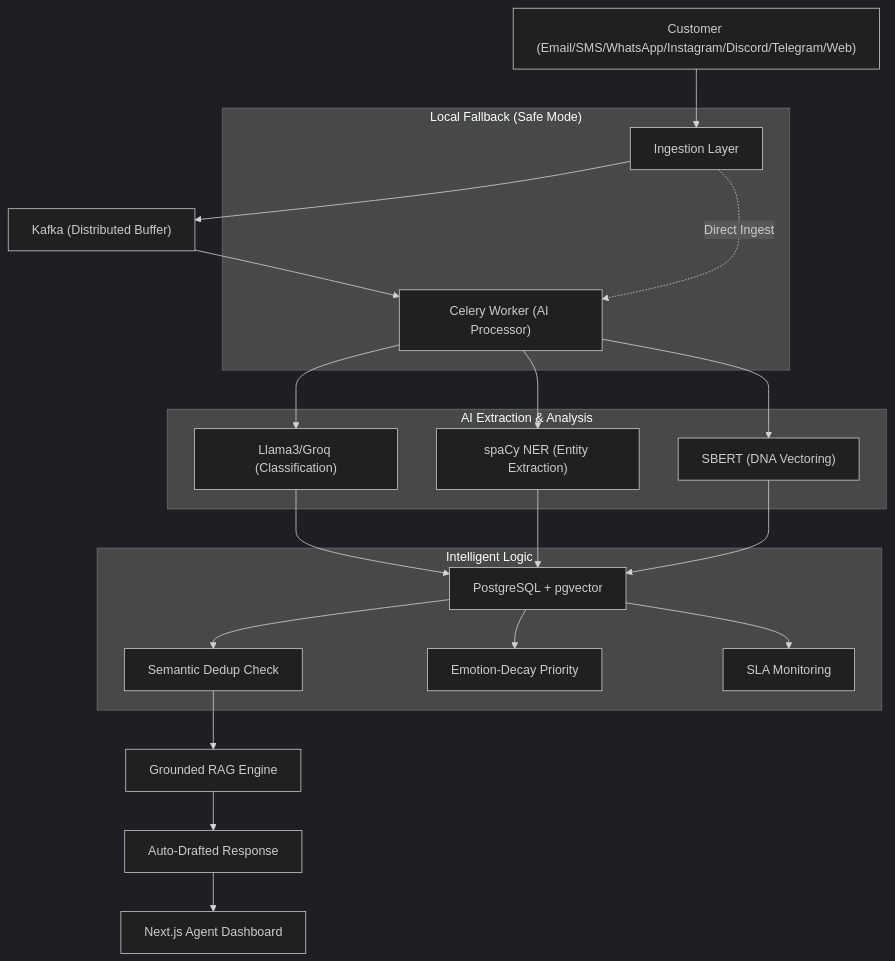
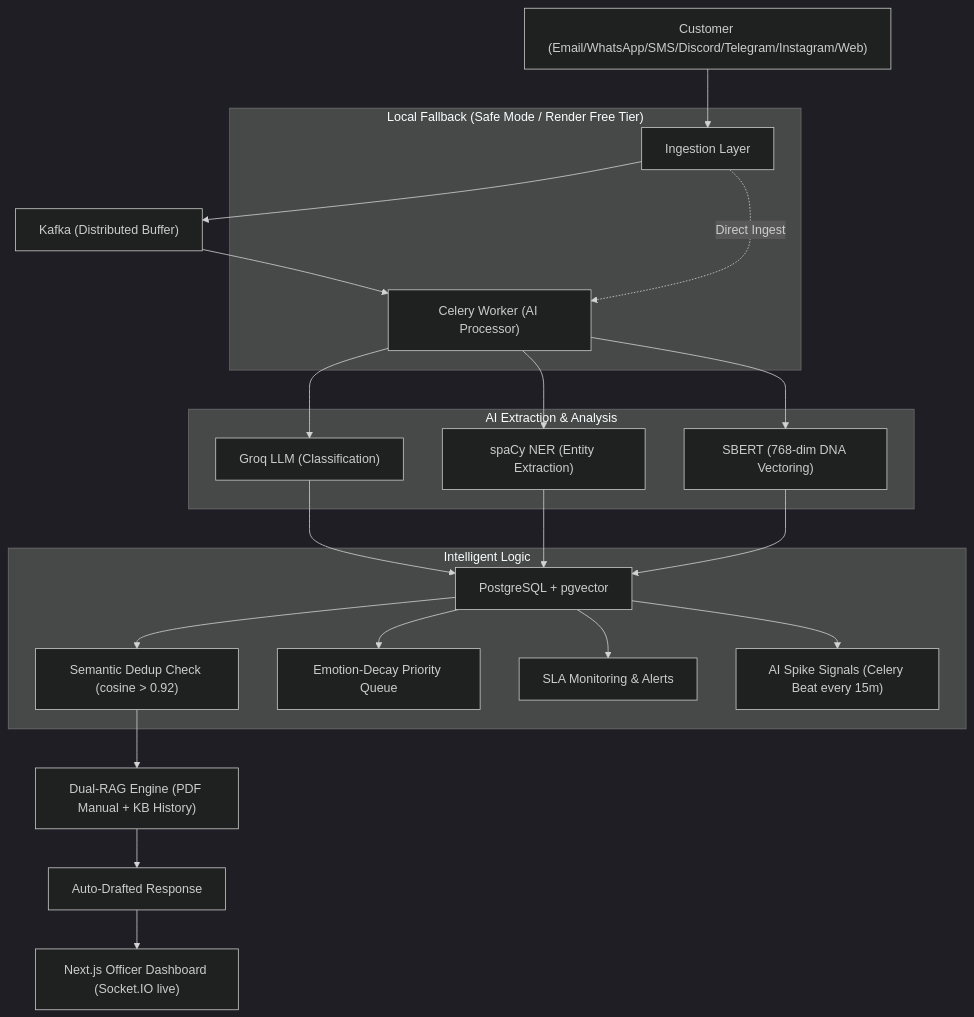
Before and after one commit to kshitijsingh1-tech/CREST: the diagram in README.md, drawn with Mermaid (dark theme). The commit also changed other lines of this file, not shown here.

Commit message:
docs: rewrite README with complete 5-section hackathon format (a-e) + thorough local run guide

````diff
--- a/README.md
+++ b/README.md
@@ -26,30 +29,31 @@
 ```mermaid
 graph TD
-    A["Customer (Email/SMS/WhatsApp/Instagram/Discord/Telegram/Web)"] --> B["Ingestion Layer"]
+    A["Customer (Email/WhatsApp/SMS/Discord/Telegram/Instagram/Web)"] --> B["Ingestion Layer"]
     B --> C["Kafka (Distributed Buffer)"]
     C --> D["Celery Worker (AI Processor)"]
-    
-    subgraph "Local Fallback (Safe Mode)"
+
+    subgraph "Local Fallback (Safe Mode / Render Free Tier)"
         B -.->|Direct Ingest| D
     end
 
     subgraph "AI Extraction & Analysis"
-        D --> E["Llama3/Groq (Classification)"]
+        D --> E["Groq LLM (Classification)"]
         D --> F["spaCy NER (Entity Extraction)"]
-        D --> G["SBERT (DNA Vectoring)"]
+        D --> G["SBERT (768-dim DNA Vectoring)"]
     end
-    
+
     E --> H["PostgreSQL + pgvector"]
     F --> H
     G --> H
-    
+
     subgraph "Intelligent Logic"
-        H --> I["Semantic Dedup Check"]
-        H --> J["Emotion-Decay Priority"]
-        H --> K["SLA Monitoring"]
+        H --> I["Semantic Dedup Check (cosine > 0.92)"]
+        H --> J["Emotion-Decay Priority Queue"]
+        H --> K["SLA Monitoring & Alerts"]
+        H --> L["AI Spike Signals (Celery Beat every 15m)"]
     end
-    
-    I --> L["Grounded RAG Engine"]
-    L --> M["Auto-Drafted Response"]
-    M --> N["Next.js Agent Dashboard"]
+
+    I --> M["Dual-RAG Engine (PDF Manual + KB History)"]
+    M --> N["Auto-Drafted Response"]
+    N --> O["Next.js Officer Dashboard (Socket.IO live)"]
 ```
````
